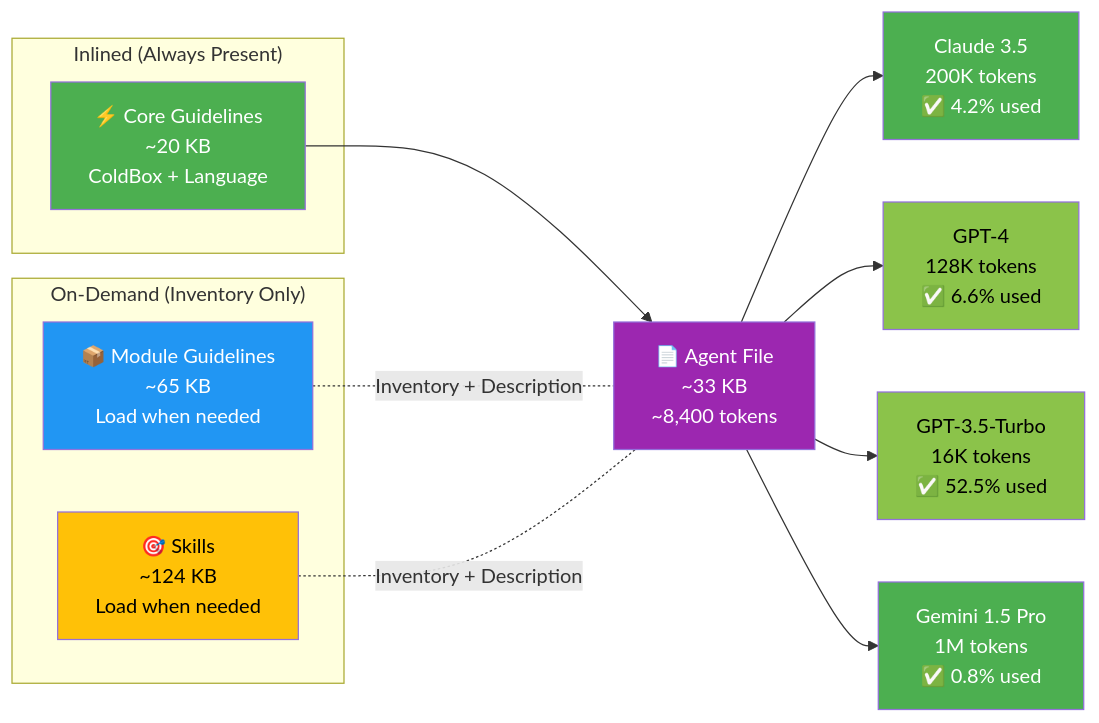
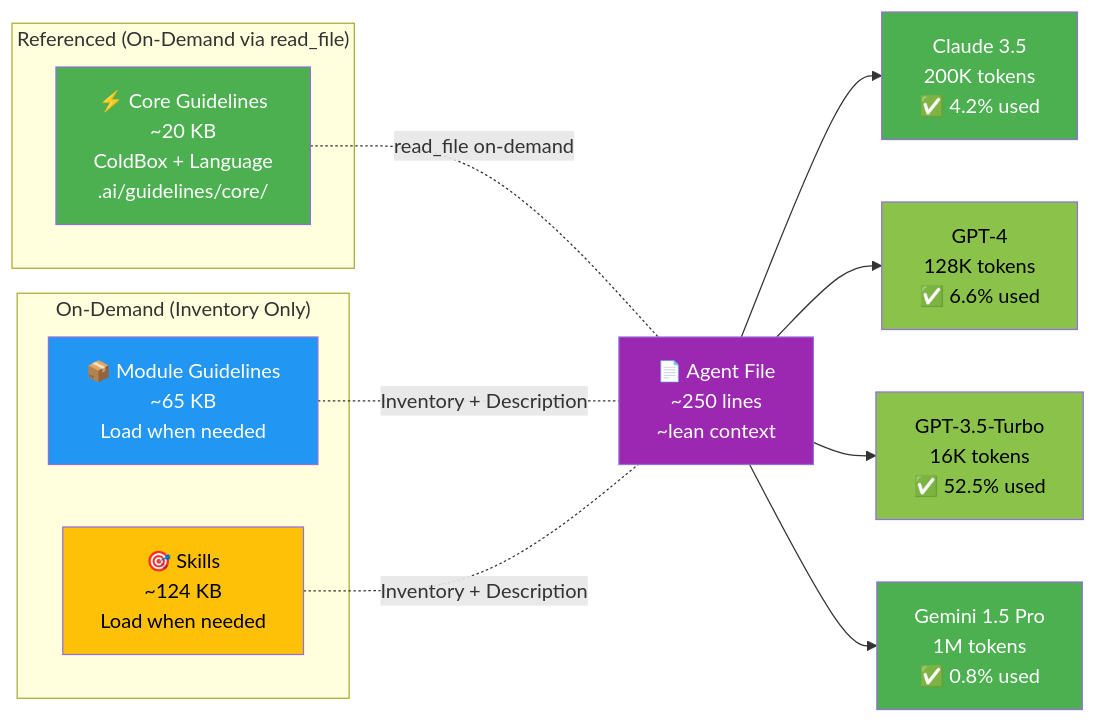
The fifth of 8 diagrams in AI_INTEGRATION.md (ColdBox/coldbox-cli), drawn with Mermaid before and after one commit. The commit also changed other lines of this file and 10 other files, not shown here.

First line of the commit message:
- **Reduced agent file size**   - Core ColdBox/BoxLang guidelines are no longer inlined in generated agent files. Guidelines are stored locally in `.ai/guidelines/core/` and referenced via `read_file` instructions — reducing generated agent files from ~1,000 lines to ~250 lines

````diff
--- a/AI_INTEGRATION.md
+++ b/AI_INTEGRATION.md
@@ -332,31 +333,31 @@
 ```mermaid
 flowchart LR
-    subgraph "Inlined (Always Present)"
-        Core["⚡ Core Guidelines<br/>~20 KB<br/>ColdBox + Language"]
+    subgraph "Referenced (On-Demand via read_file)"
+        Core["⚡ Core Guidelines<br/>~20 KB<br/>ColdBox + Language<br/>.ai/guidelines/core/"]
     end
 
     subgraph "On-Demand (Inventory Only)"
         ModuleG["📦 Module Guidelines<br/>~65 KB<br/>Load when needed"]
         Skills["🎯 Skills<br/>~124 KB<br/>Load when needed"]
     end
 
-    AgentFile["📄 Agent File<br/>~33 KB<br/>~8,400 tokens"]
+    AgentFile["📄 Agent File<br/>~250 lines<br/>~lean context"]
 
-    Core --> AgentFile
+    Core -.-|"read_file on-demand"| AgentFile
     ModuleG -.-|"Inventory + Description"| AgentFile
     Skills -.-|"Inventory + Description"| AgentFile
 
     AgentFile --> Claude["Claude 3.5<br/>200K tokens<br/>✅ 4.2% used"]
     AgentFile --> GPT4["GPT-4<br/>128K tokens<br/>✅ 6.6% used"]
     AgentFile --> GPT35["GPT-3.5-Turbo<br/>16K tokens<br/>✅ 52.5% used"]
     AgentFile --> Gemini["Gemini 1.5 Pro<br/>1M tokens<br/>✅ 0.8% used"]
 
     style Core fill:#4caf50,color:#fff
     style ModuleG fill:#2196f3,color:#fff
     style Skills fill:#ffc107,color:#000
     style AgentFile fill:#9c27b0,color:#fff
     style Claude fill:#4caf50,color:#fff
     style GPT4 fill:#8bc34a,color:#000
     style GPT35 fill:#8bc34a,color:#000
     style Gemini fill:#4caf50,color:#fff
 ```
````
